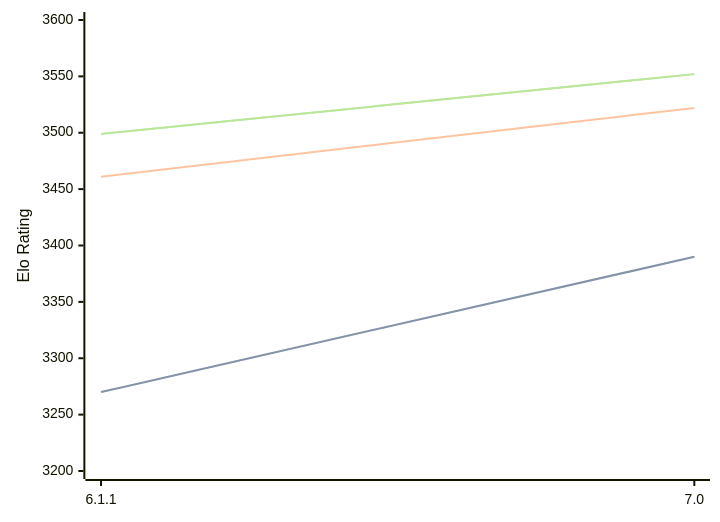
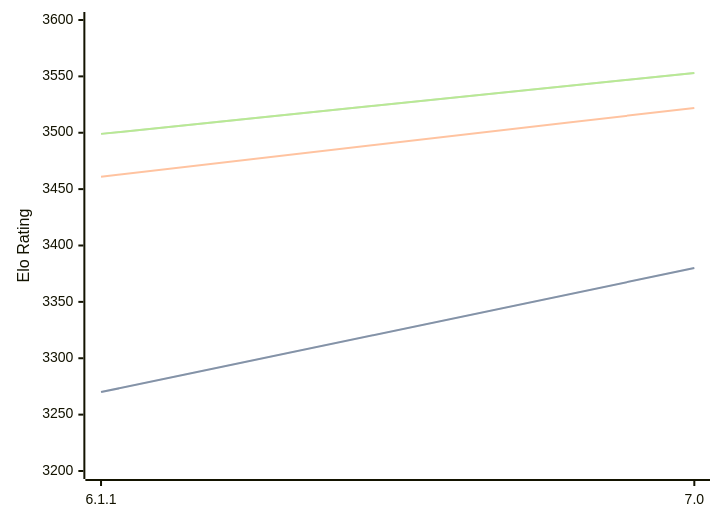
One commit to computer-chess-index/cci changed the first of 3 diagrams in engines/Astra.md. Above: the diagram before and after it, drawn with Mermaid. The commit also changed other lines of this file, not shown here.

Commit message:
Update CCI Ratings (ELO VLTC) - 2026-06-30

````diff
--- a/engines/Astra.md
+++ b/engines/Astra.md
@@ -44,11 +44,11 @@
 ```mermaid
 %%{init: {"theme":"base","themeVariables":{"seriesColors:['#a3a3a3','#222221','#faa371']}}}%%
 xychart-beta
   x-axis ["6.1.1", "7.0"]
   y-axis "Elo Rating" 3200 --> 3600
-  line "STC (8.0+0.08s)" [3270, 3390]
-  line "STC (8.0+0.08s)" [3270, 3390]
+  line "STC (8.0+0.08s)" [3270, 3380]
+  line "STC (8.0+0.08s)" [3270, 3380]
   line "LTC (60.0+0.60s)" [3461, 3522]
-  line "VLTC (2m24s+1.12s)" [3499, 3552]
-  line "VLTC (2m24s+1.12s)" [3499, 3552]
+  line "VLTC (2m24s+1.12s)" [3499, 3553]
+  line "VLTC (2m24s+1.12s)" [3499, 3553]
 ```
````
